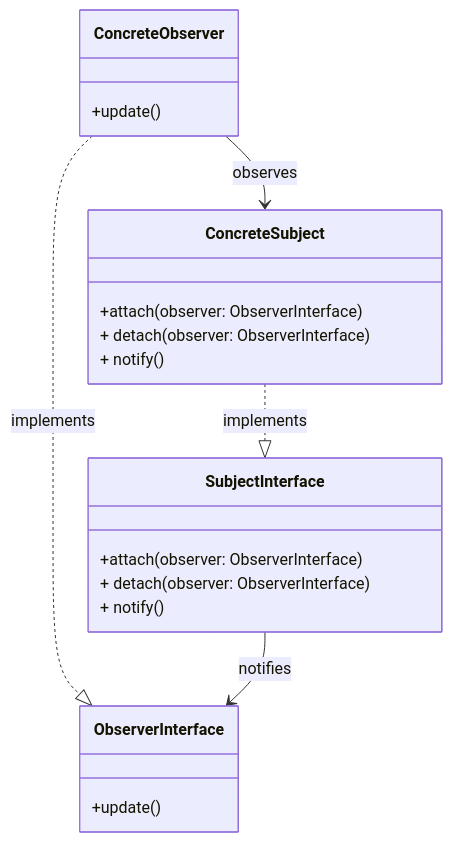
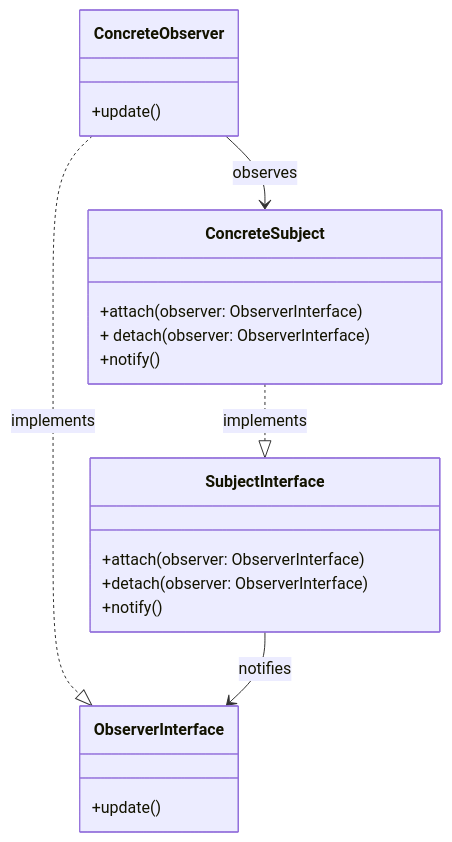
Before and after one commit to EliFuzz/tech-labs: diagram 19 of 23 in docs/education/03-design-patterns/05-gof.mdx, drawn with Mermaid. The commit also changed other lines of this file and 2 other files, not shown here.

````diff
--- a/docs/education/03-design-patterns/05-gof.mdx
+++ b/docs/education/03-design-patterns/05-gof.mdx
@@ -580,25 +674,26 @@
           ```mermaid
           classDiagram
           direction TB
+
           class SubjectInterface {
-          +attach(observer: ObserverInterface)
-          + detach(observer: ObserverInterface)
-          + notify()
-        }
+            +attach(observer: ObserverInterface)
+            +detach(observer: ObserverInterface)
+            +notify()
+          }
           class ConcreteSubject {
           +attach(observer: ObserverInterface)
           + detach(observer: ObserverInterface)
-          + notify()
-        }
+            +notify()
+          }
           class ObserverInterface {
-          +update()
-        }
+            +update()
+          }
           class ConcreteObserver {
-          +update()
-        }
+            +update()
+          }
 
           ConcreteSubject ..|> SubjectInterface : implements
           ConcreteObserver ..|> ObserverInterface : implements
           SubjectInterface --> ObserverInterface : notifies
           ConcreteObserver --> ConcreteSubject : observes
           ```
````
